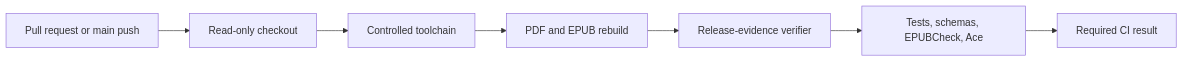
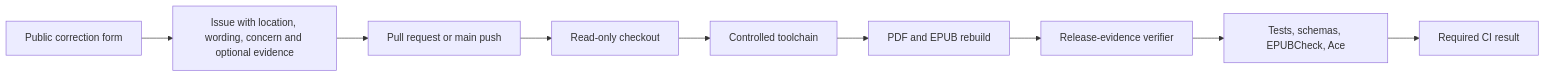
One commit to streamentry/streamentry changed the first of 5 diagrams in .github/AGENTS.md. Above: the diagram before and after it, drawn with Mermaid. The commit also changed other lines of this file and 24 other files, not shown here.

````diff
--- a/.github/AGENTS.md
+++ b/.github/AGENTS.md
@@ -17,9 +18,11 @@
 ```mermaid
 flowchart LR
   P["Pull request or main push"] --> C["Read-only checkout"]
   C --> T["Controlled toolchain"]
   T --> B["PDF and EPUB rebuild"]
   B --> E["Release-evidence verifier"]
   E --> Q["Tests, schemas, EPUBCheck, Ace"]
   Q --> G["Required CI result"]
+  I["Public correction form"] --> R["Issue with location, wording, concern and optional evidence"]
+  R --> P
 ```
````
